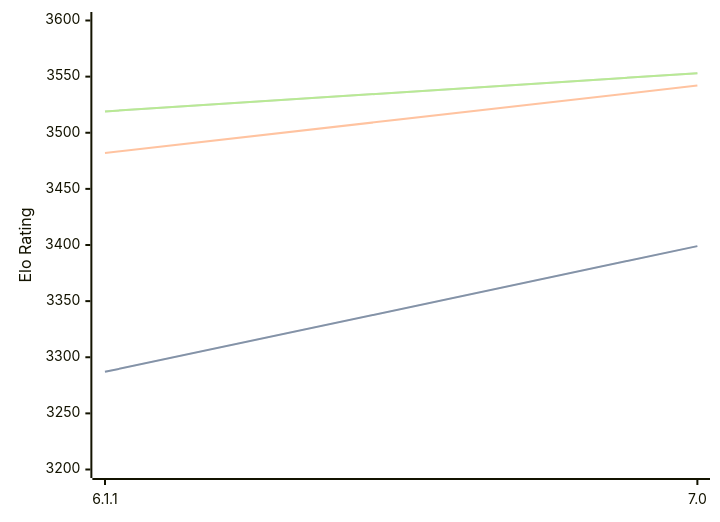
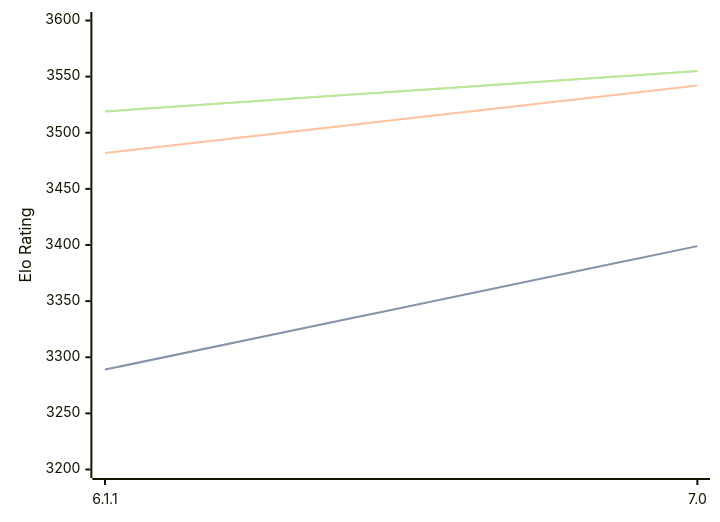
One commit to computer-chess-index/cci changed the diagram in engines/Astra.md. Above: the diagram before and after it, drawn with Mermaid. The commit also changed other lines of this file, not shown here.

Commit message:
Update CCI Ratings (ELO VLTC) - 2026-09-18

````diff
--- a/engines/Astra.md
+++ b/engines/Astra.md
@@ -32,11 +32,11 @@
 ```mermaid
 %%{init: {"theme":"base","themeVariables":{"seriesColors:['#a3a3a3','#222221','#faa371']}}}%%
 xychart-beta
   x-axis ["6.1.1", "7.0"]
   y-axis "Elo Rating" 3200 --> 3600
-  line "" [3287, 3399]
-  line "STC (8.0+0.08s)" [3287, 3399]
+  line "" [3289, 3399]
+  line "STC (8.0+0.08s)" [3289, 3399]
   line "LTC (60.0+0.60s)" [3482, 3542]
-  line "" [3519, 3553]
-  line "VLTC (2m24s+1.12s)" [3519, 3553]
+  line "" [3519, 3555]
+  line "VLTC (2m24s+1.12s)" [3519, 3555]
 ```
````
